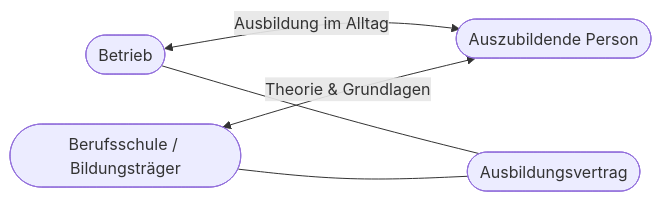
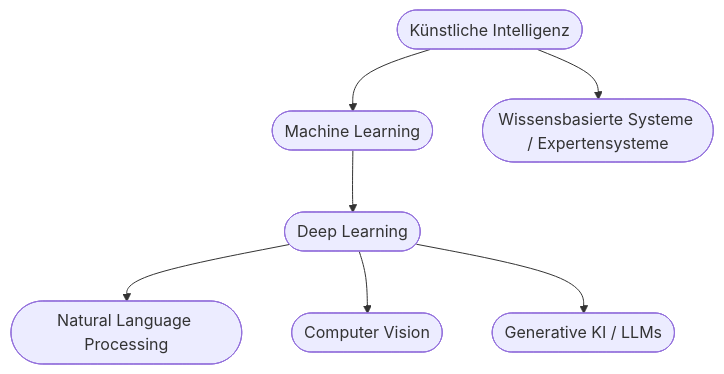
One commit to Qualidy/Prompt-Engineering-KI-in-der-Arbeitswelt changed the diagram in docs/content/kapitel1.md. Above: the diagram before and after it, drawn with Mermaid. The commit also changed other lines of this file and 259 other files, not shown here.

````diff
--- a/docs/content/kapitel1.md
+++ b/docs/content/kapitel1.md
@@ -39,7 +46,9 @@
 ```mermaid
-flowchart LR
-    A([Betrieb]) <-->|Ausbildung im Alltag| B([Auszubildende Person])
-  C([Berufsschule / Bildungsträger]) <-->|Theorie & Grundlagen| B
-    A --- D([Ausbildungsvertrag])
-    C --- D
+flowchart TD
+    A([Künstliche Intelligenz]) --> B([Machine Learning])
+    B --> C([Deep Learning])
+    A --> D([Wissensbasierte Systeme / Expertensysteme])
+    C --> E([Natural Language Processing])
+    C --> F([Computer Vision])
+    C --> G([Generative KI / LLMs])
 ```
````
